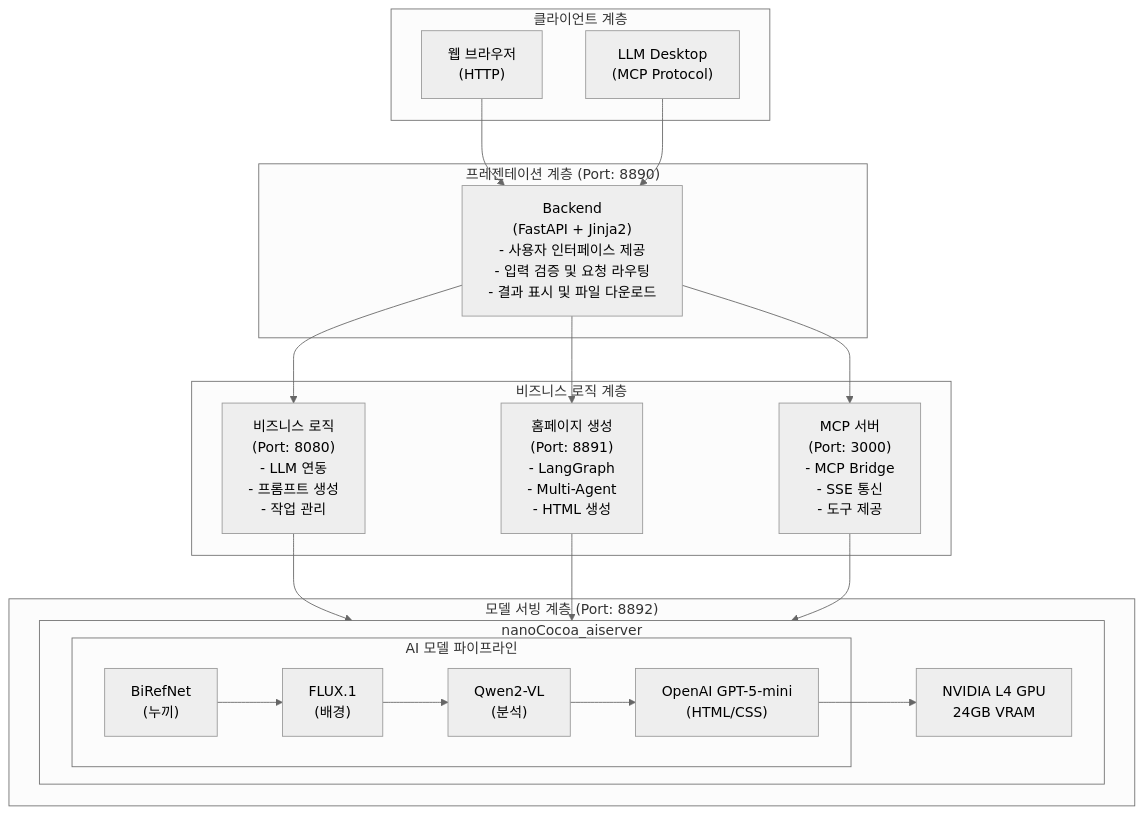
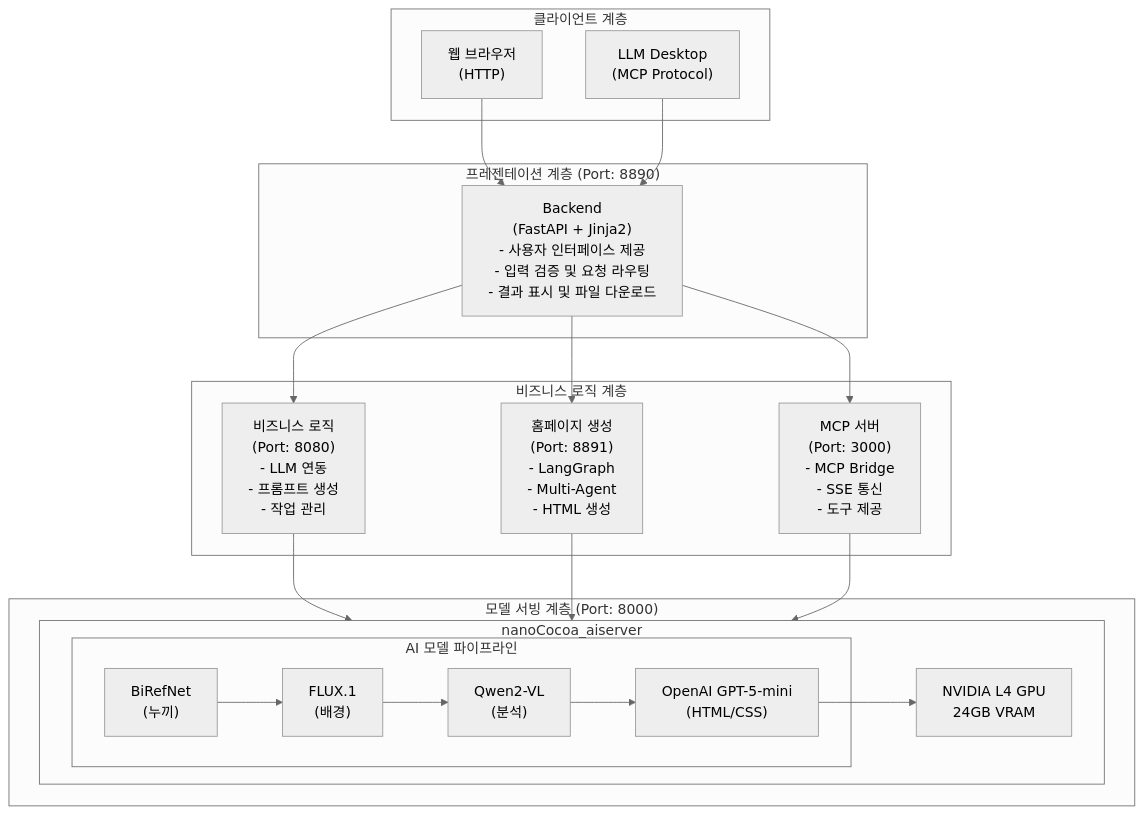
The first of 10 diagrams in docs/보고서/발표자료_02_김명환_아키텍처.md (krapnuyij/codeit-ai-3team-ad-content), drawn with Mermaid (neutral theme) before and after one commit. The commit also changed other lines of this file, not shown here.

````diff
--- a/docs/보고서/발표자료_02_김명환_아키텍처.md
+++ b/docs/보고서/발표자료_02_김명환_아키텍처.md
@@ -102,42 +102,42 @@
 ```mermaid
 graph TB
     subgraph Client["클라이언트 계층"]
         Web["웹 브라우저<br/>(HTTP)"]
         Desktop["LLM Desktop<br/>(MCP Protocol)"]
     end
     
     subgraph Presentation["프레젠테이션 계층 (Port: 8890)"]
         Backend["Backend<br/>(FastAPI + Jinja2)<br/>- 사용자 인터페이스 제공<br/>- 입력 검증 및 요청 라우팅<br/>- 결과 표시 및 파일 다운로드"]
     end
     
     subgraph Business["비즈니스 로직 계층"]
         BL["비즈니스 로직<br/>(Port: 8080)<br/>- LLM 연동<br/>- 프롬프트 생성<br/>- 작업 관리"]
         HP["홈페이지 생성<br/>(Port: 8891)<br/>- LangGraph<br/>- Multi-Agent<br/>- HTML 생성"]
         MCP["MCP 서버<br/>(Port: 3000)<br/>- MCP Bridge<br/>- SSE 통신<br/>- 도구 제공"]
     end
     
-    subgraph ModelServing["모델 서빙 계층 (Port: 8892)"]
+    subgraph ModelServing["모델 서빙 계층 (Port: 8000)"]
         subgraph AIServer["nanoCocoa_aiserver"]
             subgraph Pipeline["AI 모델 파이프라인"]
                 BiRefNet["BiRefNet<br/>(누끼)"]
                 FLUX["FLUX.1<br/>(배경)"]
                 Qwen["Qwen2-VL<br/>(분석)"]
                 GPT["OpenAI GPT-5-mini<br/>(HTML/CSS)"]
             end
             GPU["NVIDIA L4 GPU<br/>24GB VRAM"]
         end
     end
     
     Web --> Backend
     Desktop --> Backend
     Backend --> BL
     Backend --> HP
     Backend --> MCP
     BL --> AIServer
     HP --> AIServer
     MCP --> AIServer
     BiRefNet --> FLUX
     FLUX --> Qwen
     Qwen --> GPT
     GPT --> GPU
 ```
````
